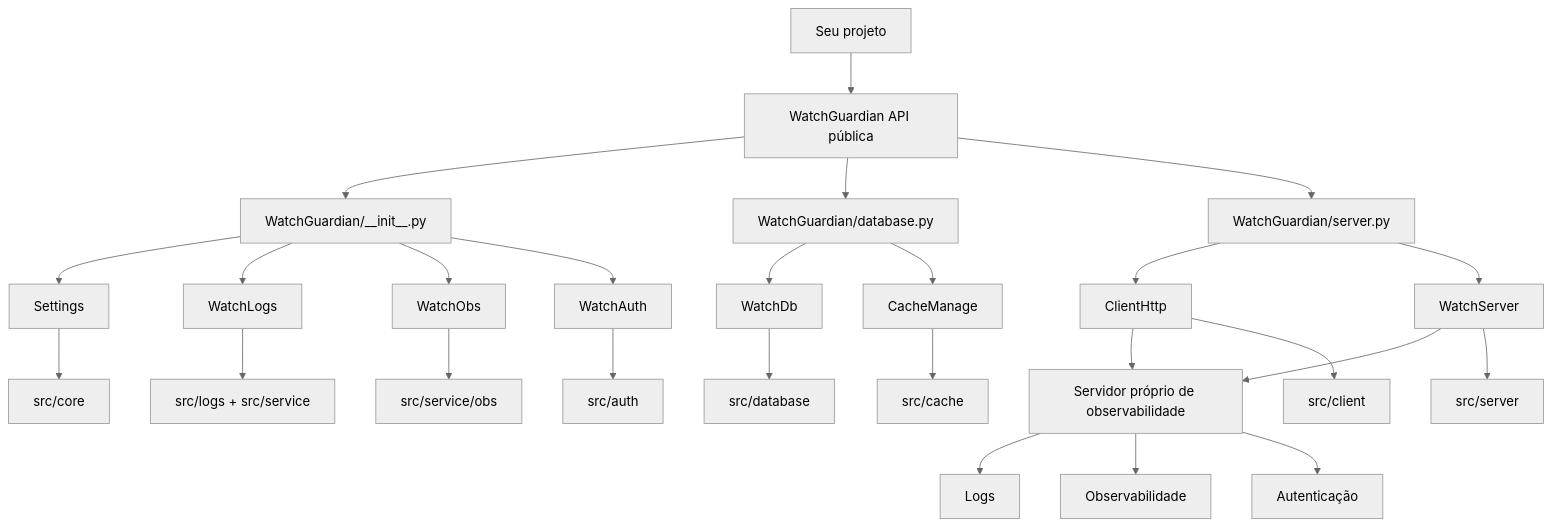
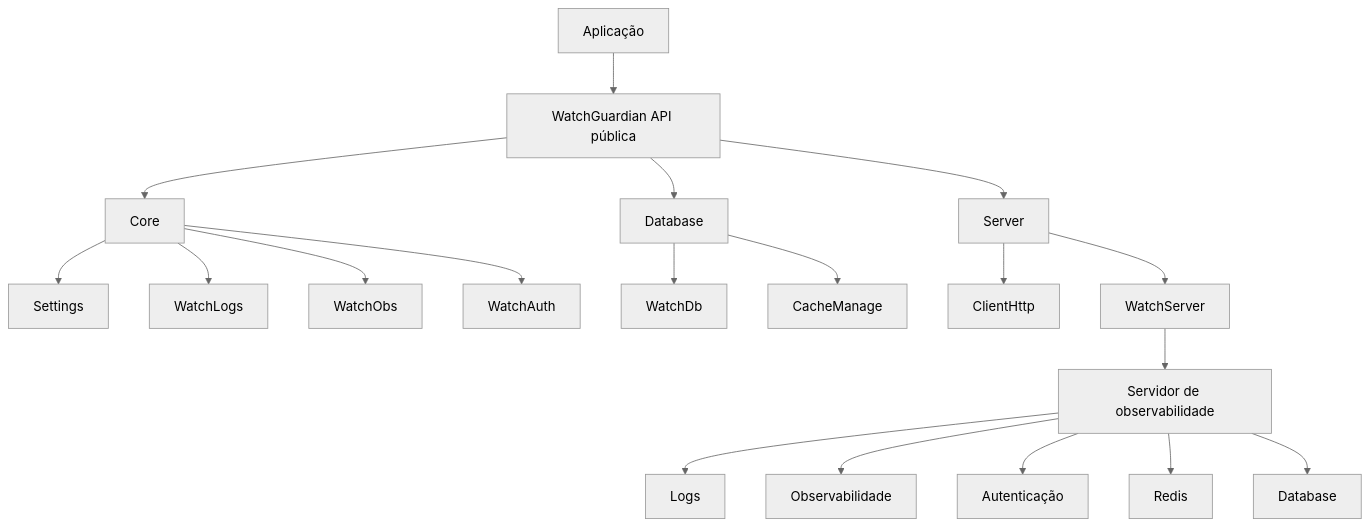
Before and after one commit to BrayanDevZN/WatchGuardian: the diagram in README.md, drawn with Mermaid (neutral theme). The commit also changed other lines of this file, not shown here.

````diff
--- a/README.md
+++ b/README.md
@@ -88,34 +120,26 @@
 ```mermaid
 flowchart TD
-    A[Seu projeto] --> B[WatchGuardian API pública]
+    A[Aplicação] --> B[WatchGuardian API pública]
 
-    B --> C[WatchGuardian/__init__.py]
-    B --> D[WatchGuardian/database.py]
-    B --> E[WatchGuardian/server.py]
+    B --> C[Core]
+    B --> D[Database]
+    B --> E[Server]
 
     C --> F[Settings]
     C --> G[WatchLogs]
     C --> H[WatchObs]
     C --> I[WatchAuth]
 
     D --> J[WatchDb]
     D --> K[CacheManage]
 
     E --> L[ClientHttp]
     E --> M[WatchServer]
 
-    M --> V[Servidor próprio de observabilidade]
-    L --> V
-    V --> W[Logs]
-    V --> X[Observabilidade]
-    V --> Y[Autenticação]
-
-    F --> N[src/core]
-    G --> O[src/logs + src/service]
-    H --> P[src/service/obs]
-    I --> Q[src/auth]
-    J --> R[src/database]
-    K --> S[src/cache]
-    L --> T[src/client]
-    M --> U[src/server]
+    M --> N[Servidor de observabilidade]
+    N --> O[Logs]
+    N --> P[Observabilidade]
+    N --> Q[Autenticação]
+    N --> R[Redis]
+    N --> S[Database]
 ```
````
